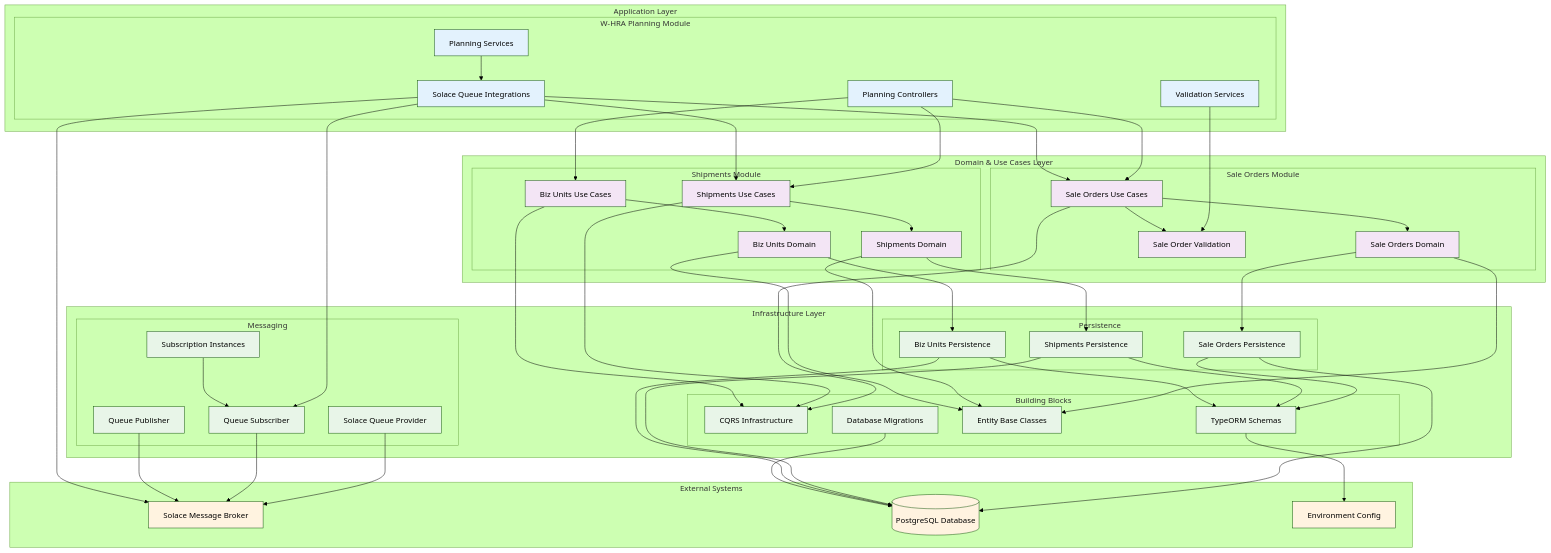
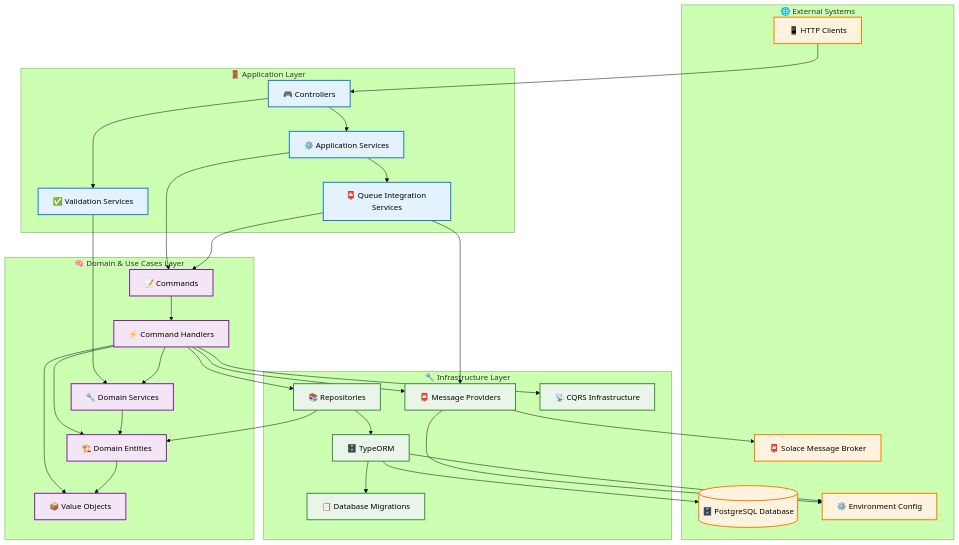
The first of 7 diagrams in src/w-hra-planning/README-ARCHITECTURE.md (kimcuhoang/practical-nestjs), drawn with Mermaid (forest theme) before and after one commit. The commit also changed other lines of this file, not shown here.

````diff
--- a/src/w-hra-planning/README-ARCHITECTURE.md
+++ b/src/w-hra-planning/README-ARCHITECTURE.md
@@ -9,106 +75,79 @@
 ```mermaid
-graph TB
-    subgraph "Application Layer"
-        subgraph "W-HRA Planning Module"
-            PC[Planning Controllers]
-            PS[Planning Services]
-            PV[Validation Services]
-            PSQ[Solace Queue Integrations]
-        end
+graph TD
+    subgraph "🌐 External Systems"
+        EXT_HTTP[📱 HTTP Clients]
+        EXT_SOLACE[📮 Solace Message Broker]
+        EXT_DB[(🗄️ PostgreSQL Database)]
+        EXT_ENV[⚙️ Environment Config]
     end
 
-    subgraph "Domain & Use Cases Layer"
-        subgraph "Sale Orders Module"
-            SO[Sale Orders Domain]
-            SOUC[Sale Orders Use Cases]
-            SOV[Sale Order Validation]
-        end
-
-        subgraph "Shipments Module"
-            SH[Shipments Domain]
-            SHUC[Shipments Use Cases]
-            BU[Biz Units Domain]
-            BUUC[Biz Units Use Cases]
-        end
+    subgraph "🚪 Application Layer"
+        APP_CTRL[🎮 Controllers]
+        APP_SERV[⚙️ Application Services]
+        APP_VAL[✅ Validation Services]
+        APP_QUEUE[📮 Queue Integration Services]
     end
 
-    subgraph "Infrastructure Layer"
-        subgraph "Persistence"
-            SOP[Sale Orders Persistence]
-            SHP[Shipments Persistence]
-            BUP[Biz Units Persistence]
-        end
-
-        subgraph "Messaging"
-            SQ[Solace Queue Provider]
-            SQS[Queue Subscriber]
-            SQP[Queue Publisher]
-            SQI[Subscription Instances]
-        end
-
-        subgraph "Building Blocks"
-            CQRS[CQRS Infrastructure]
-            ORM[TypeORM Schemas]
-            BASE[Entity Base Classes]
-            MIGRATION[Database Migrations]
-        end
+    subgraph "🧠 Domain & Use Cases Layer"
+        DOM_ENT[🏗️ Domain Entities]
+        DOM_VO[📦 Value Objects]
+        DOM_CMD[📝 Commands]
+        DOM_HAND[⚡ Command Handlers]
+        DOM_SERV[🔧 Domain Services]
     end
 
-    subgraph "External Systems"
-        SOLACE[Solace Message Broker]
-        DB[(PostgreSQL Database)]
-        ENV[Environment Config]
+    subgraph "🔧 Infrastructure Layer"
+        INF_REPO[📚 Repositories]
+        INF_ORM[🗄️ TypeORM]
+        INF_MSG[📮 Message Providers]
+        INF_CQRS[📡 CQRS Infrastructure]
+        INF_MIG[📋 Database Migrations]
     end
 
-    %% Application Layer Connections
-    PC --> SOUC
-    PC --> SHUC
-    PC --> BUUC
-    PS --> PSQ
-    PSQ --> SQS
-    PSQ --> SOUC
-    PSQ --> SHUC
-    PV --> SOV
+    %% External to Application Dependencies
+    EXT_HTTP --> APP_CTRL
+    
+    %% Application Layer Dependencies
+    APP_CTRL --> APP_SERV
+    APP_CTRL --> APP_VAL
+    APP_SERV --> APP_QUEUE
+    APP_SERV --> DOM_CMD
+    APP_VAL --> DOM_SERV
+    APP_QUEUE --> DOM_CMD
 
-    %% Domain Layer Connections
-    SO --> SOP
-    SOUC --> SO
-    SOUC --> SOV
-    SH --> SHP
-    SHUC --> SH
-    BU --> BUP
-    BUUC --> BU
+    %% Domain Layer Dependencies
+    DOM_CMD --> DOM_HAND
+    DOM_HAND --> DOM_ENT
+    DOM_HAND --> DOM_VO
+    DOM_HAND --> DOM_SERV
+    DOM_ENT --> DOM_VO
+    DOM_SERV --> DOM_ENT
 
-    %% Infrastructure Connections
-    SQ --> SOLACE
-    SQS --> SOLACE
-    SQP --> SOLACE
-    SQI --> SQS
-    SOP --> DB
-    SHP --> DB
-    BUP --> DB
-    SOP --> ORM
-    SHP --> ORM
-    BUP --> ORM
-    SO --> BASE
-    SH --> BASE
-    BU --> BASE
-    SOUC --> CQRS
-    SHUC --> CQRS
-    BUUC --> CQRS
-    MIGRATION --> DB
+    %% Infrastructure Dependencies to Domain
+    DOM_HAND --> INF_REPO
+    DOM_HAND --> INF_CQRS
+    INF_REPO --> DOM_ENT
+    
+    %% Infrastructure Internal Dependencies
+    INF_REPO --> INF_ORM
+    INF_ORM --> INF_MIG
+    INF_MSG --> EXT_SOLACE
+    INF_ORM --> EXT_DB
+    INF_MSG --> EXT_ENV
+    INF_ORM --> EXT_ENV
 
-    %% External Integration
-    PSQ --> SOLACE
-    ORM --> ENV
+    %% Queue Integration
+    APP_QUEUE --> INF_MSG
+    DOM_HAND --> INF_MSG
 
-    classDef application fill:#e3f2fd
-    classDef domain fill:#f3e5f5
-    classDef infrastructure fill:#e8f5e8
-    classDef external fill:#fff3e0
+    %% Styling
+    classDef external fill:#fff3e0,stroke:#f57c00,stroke-width:2px
+    classDef application fill:#e3f2fd,stroke:#1976d2,stroke-width:2px
+    classDef domain fill:#f3e5f5,stroke:#7b1fa2,stroke-width:2px
+    classDef infrastructure fill:#e8f5e8,stroke:#388e3c,stroke-width:2px
 
-    class PC,PS,PV,PSQ application
-    class SO,SOUC,SOV,SH,SHUC,BU,BUUC domain
-    class SOP,SHP,BUP,SQ,SQS,SQP,SQI,CQRS,ORM,BASE,MIGRATION infrastructure
-    class SOLACE,DB,ENV external
+    class EXT_HTTP,EXT_SOLACE,EXT_DB,EXT_ENV external
+    class APP_CTRL,APP_SERV,APP_VAL,APP_QUEUE application
+    class DOM_ENT,DOM_VO,DOM_CMD,DOM_HAND,DOM_SERV domain
+    class INF_REPO,INF_ORM,INF_MSG,INF_CQRS,INF_MIG infrastructure
 ```
````
